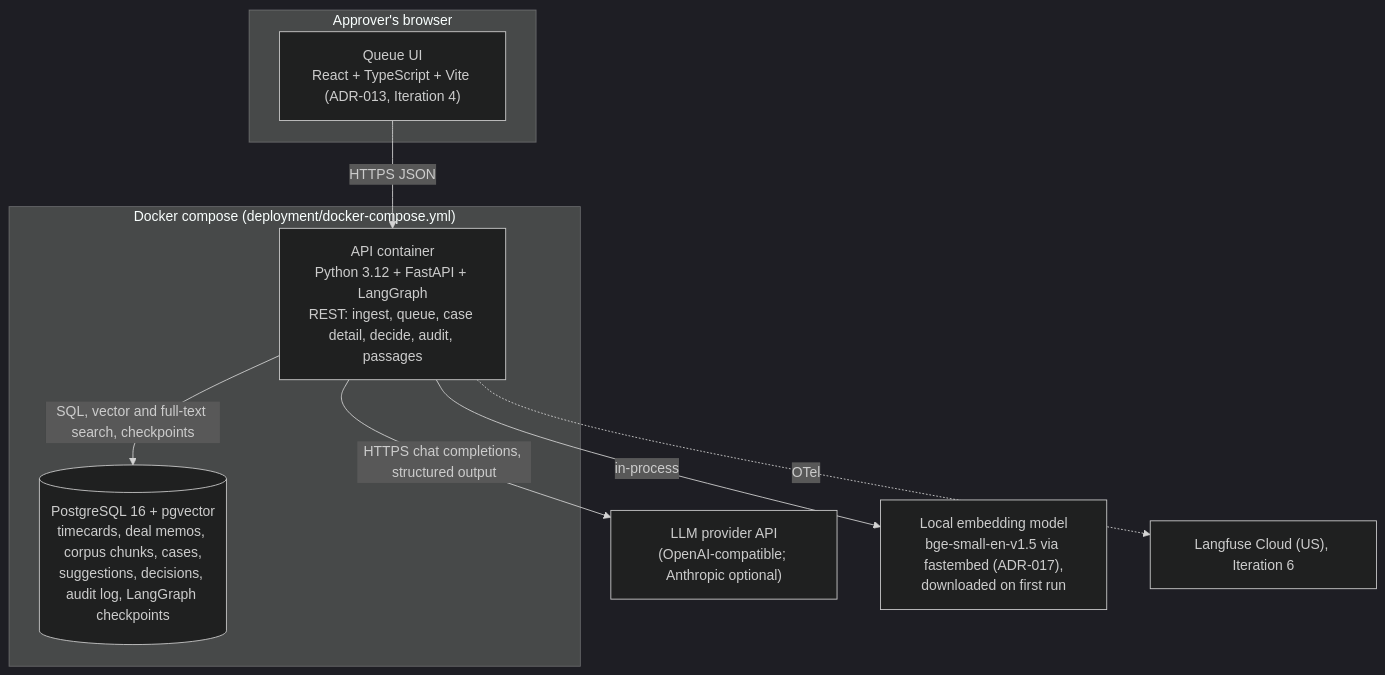
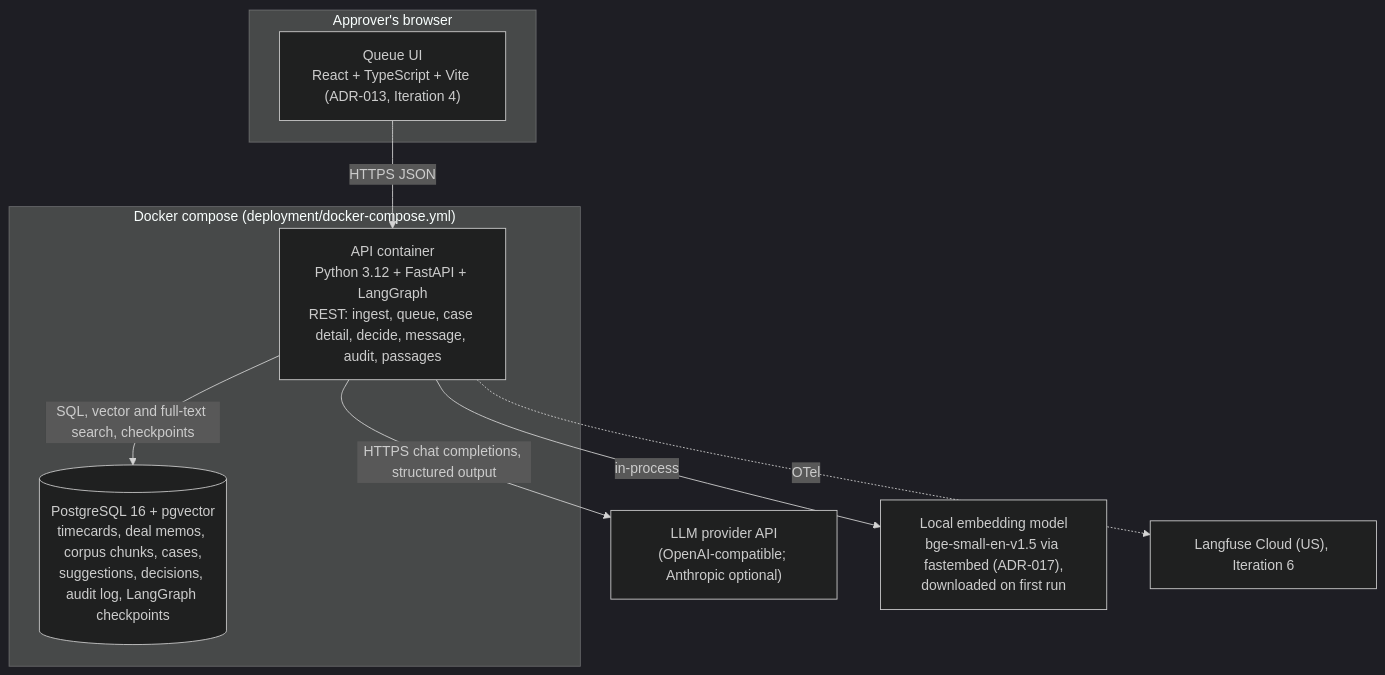
Before and after one commit to Roygrh/payroll-exception-triage-copilot: the second of 5 diagrams in docs/architecture/overview.md, drawn with Mermaid (dark theme). The commit also changed other lines of this file and 38 other files, not shown here.

````diff
--- a/docs/architecture/overview.md
+++ b/docs/architecture/overview.md
@@ -27,21 +27,21 @@
 ```mermaid
 flowchart TB
     subgraph browser["Approver's browser"]
         ui["Queue UI<br/>React + TypeScript + Vite (ADR-013, Iteration 4)"]
     end
 
     subgraph compose["Docker compose (deployment/docker-compose.yml)"]
-        api["API container<br/>Python 3.12 + FastAPI + LangGraph<br/>REST: ingest, queue, case detail, decide, audit, passages"]
+        api["API container<br/>Python 3.12 + FastAPI + LangGraph<br/>REST: ingest, queue, case detail, decide, message, audit, passages"]
         db[("PostgreSQL 16 + pgvector<br/>timecards, deal memos, corpus chunks, cases,<br/>suggestions, decisions, audit log, LangGraph checkpoints")]
     end
 
     llm["LLM provider API<br/>(OpenAI-compatible; Anthropic optional)"]
     model["Local embedding model<br/>bge-small-en-v1.5 via fastembed (ADR-017),<br/>downloaded on first run"]
     tracing["Langfuse Cloud (US), Iteration 6"]
 
     ui -->|"HTTPS JSON"| api
     api -->|"SQL, vector and full-text search, checkpoints"| db
     api -->|"HTTPS chat completions, structured output"| llm
     api -->|"in-process"| model
     api -.->|"OTel"| tracing
 ```
````
